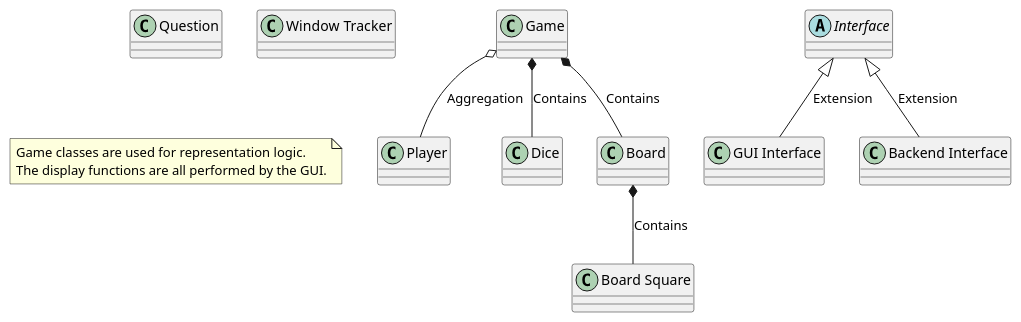
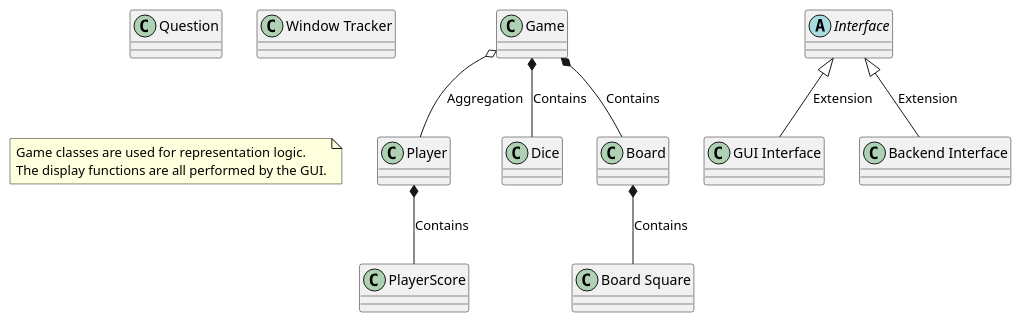
One commit to ttimmer2/TrivialCompute changed the diagram in Class_Diagrams/Server.puml. Above: the diagram before and after it, drawn with PlantUML.

Commit message:
add class for player score

```diff
--- a/Class_Diagrams/Server.puml
+++ b/Class_Diagrams/Server.puml
@@ -1,19 +1,21 @@
 @startuml
 Class Player
 Class Dice
 Abstract Class Interface
 Class "Board Square"
 Class "GUI Interface"
 Class "Backend Interface"
 Class Question
 Class Board
 Class "Window Tracker"
 note "Game classes are used for representation logic.\nThe display functions are all performed by the GUI." as N1
 Class Game
+Class PlayerScore
 Game o-- Player : Aggregation
 Board *-- "Board Square" : Contains
 Game *-- Board : Contains
 Game *-- Dice : Contains
+Player *-- PlayerScore : Contains
 Interface <|-- "GUI Interface" : Extension
 Interface <|-- "Backend Interface" : Extension
 @enduml
```
